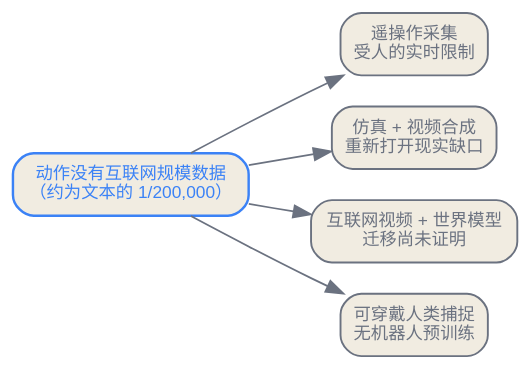
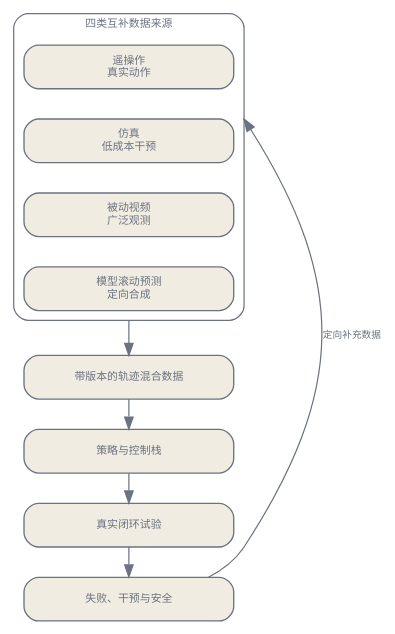
Before and after one commit to latere-ai/ai-as-an-infrastructure: the second of 2 diagrams in zh/generative/05-beyond-text.qmd, drawn with Graphviz. The commit also changed other lines of this file and 2 other files, not shown here.

````diff
--- a/zh/generative/05-beyond-text.qmd
+++ b/zh/generative/05-beyond-text.qmd
@@ -75,21 +222,30 @@
 ```{dot}
-//| label: fig-beyond-flywheel
-//| fig-cap: "构造机器人此前无法直接获得的动作数据循环的四种策略。每一种都接受同一个瓶颈，选择一种不同的补数据路线；每一种又重新打开一个不同的下游问题（现实缺口、迁移问题、人的实时）。"
-digraph flywheel {
-  rankdir=LR;
+//| label: fig-embodied-data-loop
+//| fig-cap: "具身数据循环以真实试验为锚点。遥操作、仿真、被动视频和模型滚动预测提供不同信号；只有闭环评测才能说明训练后的策略能否承受自身动作带来的后果。"
+digraph {
   bgcolor="transparent";
-  node [shape=box, style="rounded,filled", fontname="Helvetica", fontsize=10, color="#6b7280", fontcolor="#6b7280", fillcolor="#f1ece1", penwidth=1.1];
-  edge [color="#6b7280"];
-
-  gap [label="动作没有互联网规模数据\n（约为文本的 1/200,000）", color="#3b82f6", fontcolor="#3b82f6", penwidth=1.4];
-  teleop [label="遥操作采集\n受人的实时限制"];
-  sim    [label="仿真 + 视频合成\n重新打开现实缺口"];
-  video  [label="互联网视频 + 世界模型\n迁移尚未证明"];
-  wear   [label="可穿戴人类捕捉\n无机器人预训练"];
-
-  gap -> teleop;
-  gap -> sim;
-  gap -> video;
-  gap -> wear;
+  rankdir=TB;
+  newrank=true;
+  compound=true;
+  size="3.1,10.0";
+  ratio=compress;
+  nodesep=0.24; ranksep=0.34;
+  node [shape=box, style="rounded,filled", width=2.4, fontname="Helvetica", fontsize=9, color="#6b7280", fontcolor="#6b7280", fillcolor="#f1ece1", penwidth=1.1];
+  edge [fontsize=8, fontname="Helvetica", color="#6b7280", fontcolor="#6b7280"];
+  subgraph cluster_sources {
+    label="四类互补数据来源"; style=rounded; color="#6b7280"; fontcolor="#6b7280"; fontsize=9;
+    teleop [label="遥操作\n真实动作"];
+    simulation [label="仿真\n低成本干预"];
+    video [label="被动视频\n广泛观测"];
+    rollout [label="模型滚动预测\n定向合成"];
+    teleop -> simulation -> video -> rollout [style=invis, weight=10];
+  }
+  dataset [label="带版本的轨迹混合数据"];
+  policy [label="策略与控制栈"];
+  trials [label="真实闭环试验"];
+  audit [label="失败、干预与安全"];
+  rollout -> dataset [ltail=cluster_sources];
+  dataset -> policy -> trials -> audit;
+  audit -> teleop [lhead=cluster_sources, label="定向补充数据", constraint=false];
 }
 ```
````
